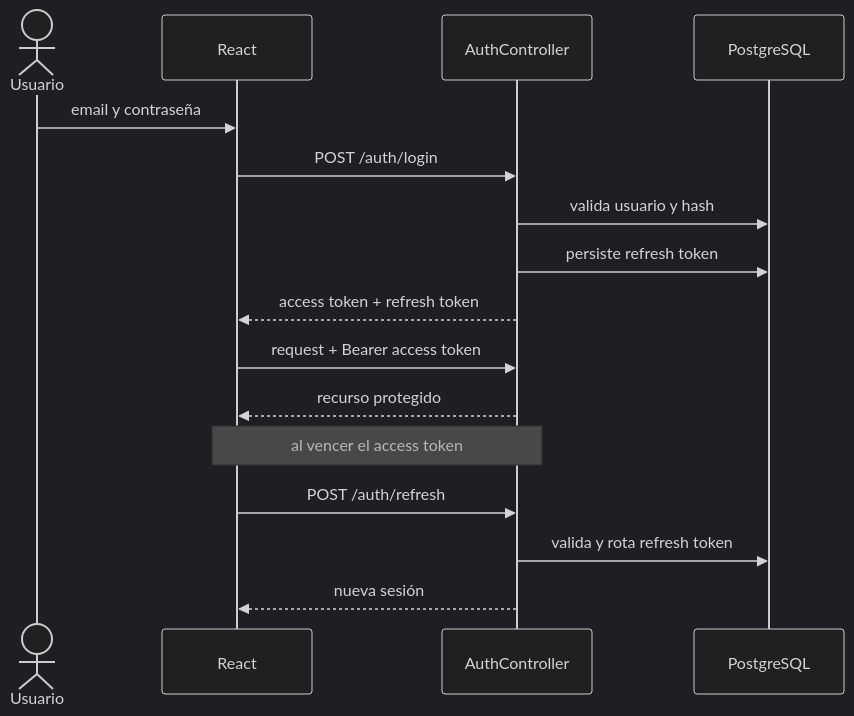
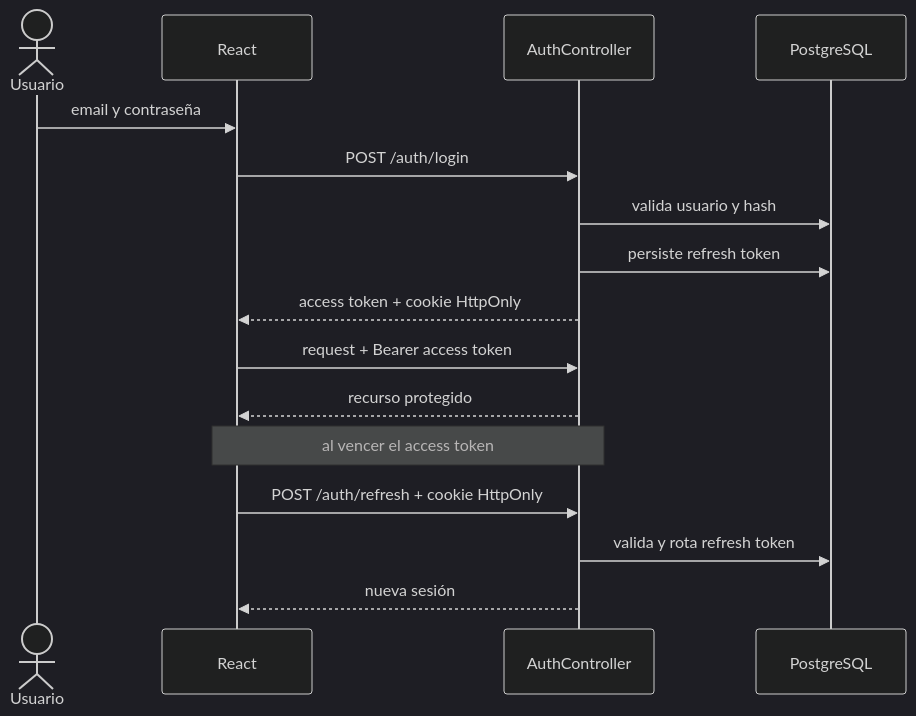
The second of 5 diagrams in docs/flows.md (Franco97sassi/NexoBank), drawn with Mermaid (dark theme) before and after one commit. The commit also changed 67 other files, not shown here.

````diff
--- a/docs/flows.md
+++ b/docs/flows.md
@@ -21,18 +21,18 @@
 ```mermaid
 sequenceDiagram
     actor U as Usuario
     participant W as React
     participant A as AuthController
     participant DB as PostgreSQL
     U->>W: email y contraseña
     W->>A: POST /auth/login
     A->>DB: valida usuario y hash
     A->>DB: persiste refresh token
-    A-->>W: access token + refresh token
+    A-->>W: access token + cookie HttpOnly
     W->>A: request + Bearer access token
     A-->>W: recurso protegido
     Note over W,A: al vencer el access token
-    W->>A: POST /auth/refresh
+    W->>A: POST /auth/refresh + cookie HttpOnly
     A->>DB: valida y rota refresh token
     A-->>W: nueva sesión
 ```
````
